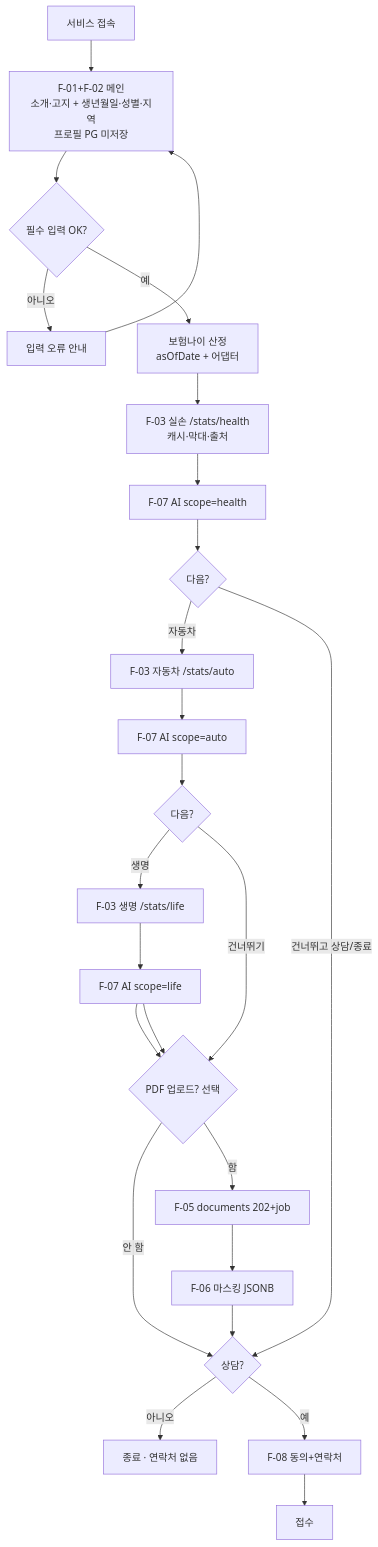
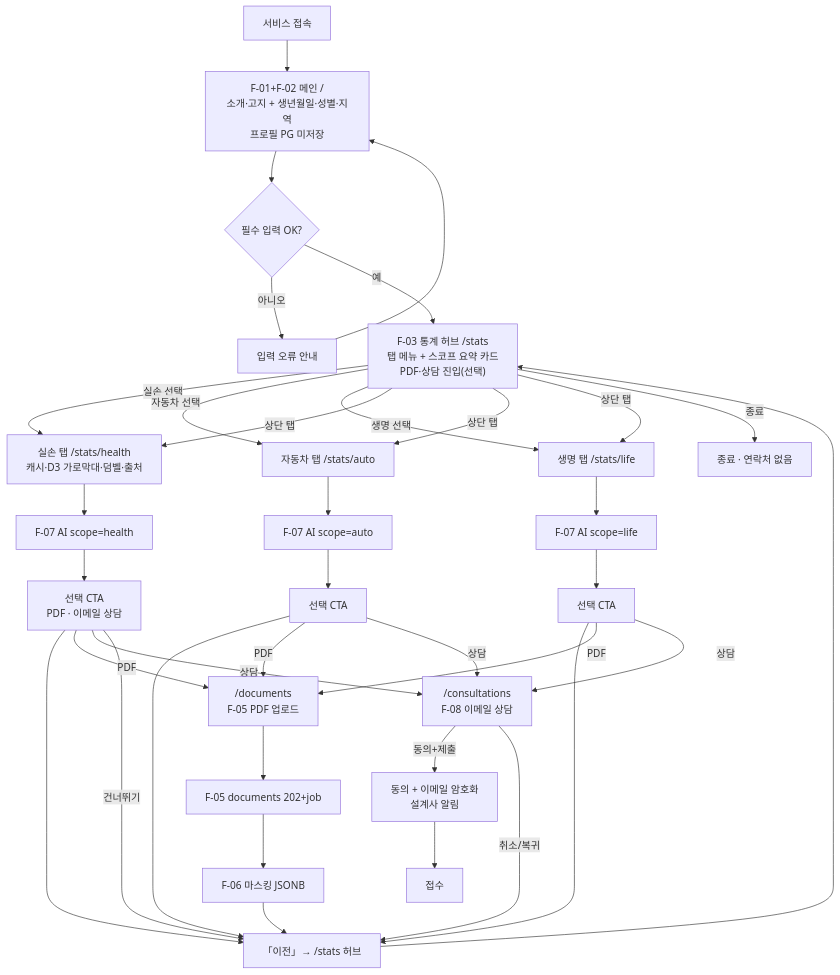
One commit to meustar/InsuranceForAll changed the first of 3 diagrams in FLOWCHARTS.md. Above: the diagram before and after it, drawn with Mermaid. The commit also changed other lines of this file and 20 other files, not shown here.

First line of the commit message:
docs: MVP 1.4 SSOT — 허브 여정·D3·Stitch DESIGN·PDF/이메일 상담

````diff
--- a/FLOWCHARTS.md
+++ b/FLOWCHARTS.md
@@ -17,42 +17,58 @@
 ```mermaid
 flowchart TD
   START[서비스 접속]
 
-  MAIN["F-01+F-02 메인<br/>소개·고지 + 생년월일·성별·지역<br/>프로필 PG 미저장"]
+  MAIN["F-01+F-02 메인 /<br/>소개·고지 + 생년월일·성별·지역<br/>프로필 PG 미저장"]
   VALID{"필수 입력 OK?"}
   ERR[입력 오류 안내]
 
-  AGE["보험나이 산정<br/>asOfDate + 어댑터"]
+  HUB["F-03 통계 허브 /stats<br/>탭 메뉴 + 스코프 요약 카드<br/>PDF·상담 진입(선택)"]
 
-  H["F-03 실손 /stats/health<br/>캐시·막대·출처"]
+  H["실손 탭 /stats/health<br/>캐시·D3 가로막대·덤벨·출처"]
   HAI["F-07 AI scope=health"]
-  HC{"다음?"}
+  HCTA["선택 CTA<br/>PDF · 이메일 상담"]
+  A["자동차 탭 /stats/auto"]
+  AAI["F-07 AI scope=auto"]
+  ACTA["선택 CTA"]
+  L["생명 탭 /stats/life"]
+  LAI["F-07 AI scope=life"]
+  LCTA["선택 CTA"]
 
-  A["F-03 자동차 /stats/auto"]
-  AAI["F-07 AI scope=auto"]
-  AC{"다음?"}
+  BACK["「이전」→ /stats 허브"]
 
-  L["F-03 생명 /stats/life"]
-  LAI["F-07 AI scope=life"]
-
-  PDF{"PDF 업로드? 선택"}
+  DOCPAGE["/documents<br/>F-05 PDF 업로드"]
   F05["F-05 documents 202+job"]
   F06["F-06 마스킹 JSONB"]
-  ASK{"상담?"}
+  CONPAGE["/consultations<br/>F-08 이메일 상담"]
+  F08["동의 + 이메일 암호화<br/>설계사 알림"]
   END1[종료 · 연락처 없음]
-  F08["F-08 동의+연락처"]
   DONE[접수]
 
   START --> MAIN --> VALID
   VALID -->|아니오| ERR --> MAIN
-  VALID -->|예| AGE --> H --> HAI --> HC
-  HC -->|자동차| A --> AAI --> AC
-  HC -->|건너뛰고 상담/종료| ASK
-  AC -->|생명| L --> LAI --> PDF
-  AC -->|건너뛰기| PDF
-  LAI --> PDF
-  PDF -->|안 함| ASK
-  PDF -->|함| F05 --> F06 --> ASK
-  ASK -->|아니오| END1
-  ASK -->|예| F08 --> DONE
+  VALID -->|예| HUB
+
+  HUB -->|실손 선택| H --> HAI --> HCTA
+  HUB -->|자동차 선택| A --> AAI --> ACTA
+  HUB -->|생명 선택| L --> LAI --> LCTA
+  HCTA --> BACK
+  ACTA --> BACK
+  LCTA --> BACK
+  BACK --> HUB
+
+  HUB -->|상단 탭| H
+  HUB -->|상단 탭| A
+  HUB -->|상단 탭| L
+
+  HCTA -->|PDF| DOCPAGE --> F05 --> F06 --> BACK
+  ACTA -->|PDF| DOCPAGE
+  LCTA -->|PDF| DOCPAGE
+
+  HCTA -->|상담| CONPAGE
+  ACTA -->|상담| CONPAGE
+  LCTA -->|상담| CONPAGE
+  HCTA -->|건너뛰기| BACK
+  CONPAGE -->|동의+제출| F08 --> DONE
+  CONPAGE -->|취소/복귀| BACK
+  HUB -->|종료| END1
 ```
````
